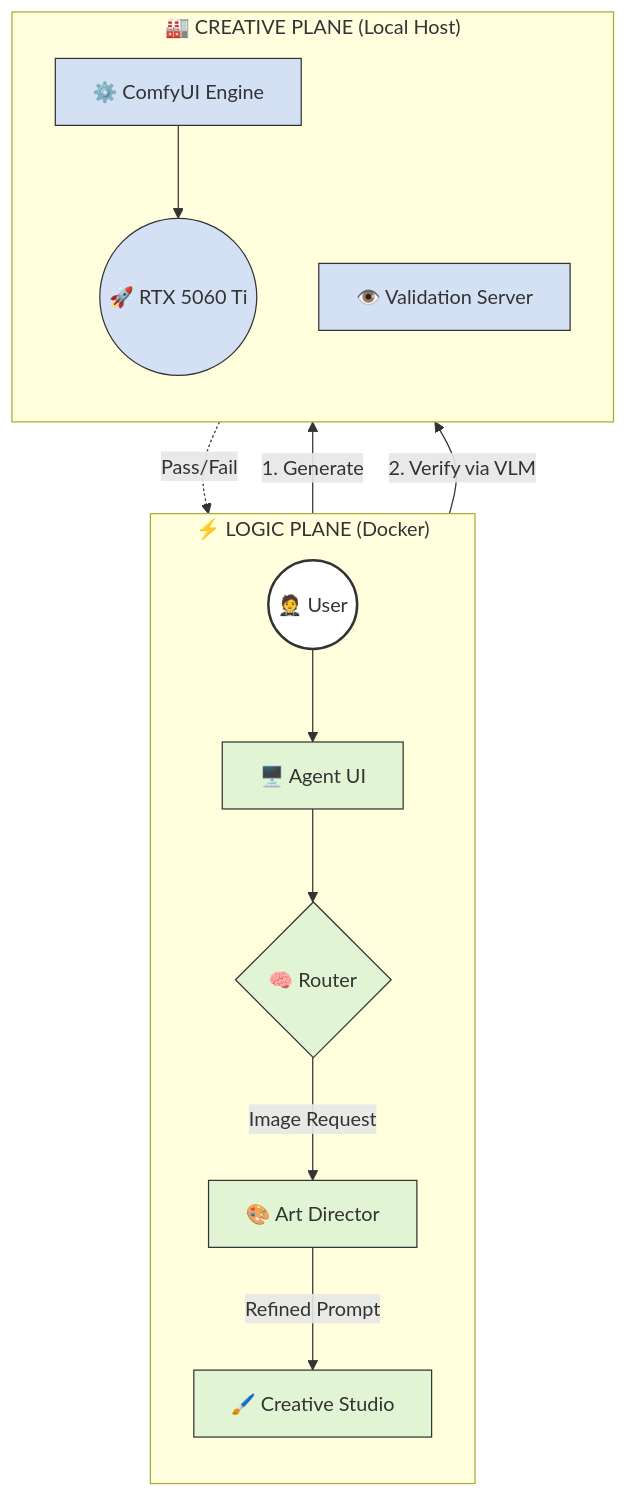
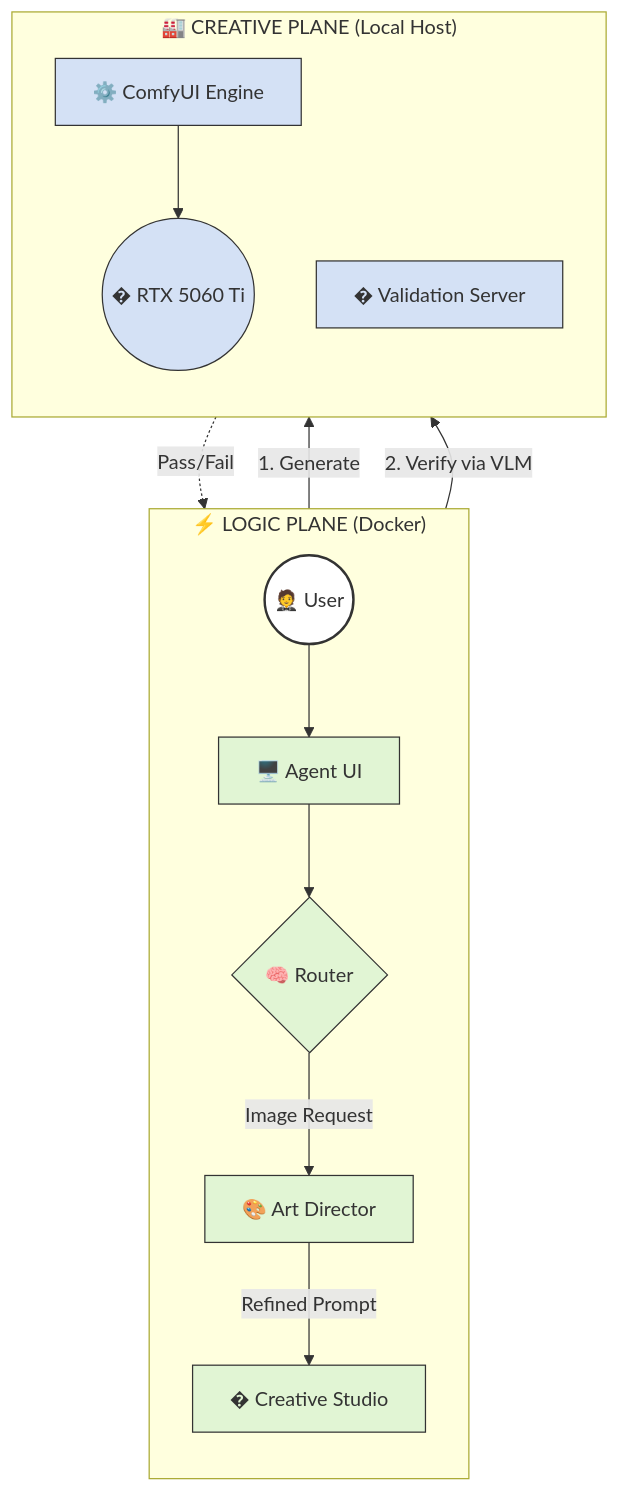
Before and after one commit to Misterobots/Agent_Swarm: the diagram in topology.md, drawn with Mermaid. The commit also changed 7 other files, not shown here.

````diff
--- a/topology.md
+++ b/topology.md
@@ -7,38 +7,38 @@
 ```mermaid
 graph TD
     %% Styling
     classDef user fill:#fff,stroke:#333,stroke-width:2px;
     classDef logic fill:#e1f5d4,stroke:#333,stroke-width:1px;
     classDef factory fill:#d4e1f5,stroke:#333,stroke-width:1px;
 
     %% 1. USER
     User((🤵 User)):::user
 
     %% 2. LOGIC PLANE (Docker)
     subgraph Logic_Plane ["⚡ LOGIC PLANE (Docker)"]
         direction TB
         AgentUI[🖥️ Agent UI]:::logic
         Router{🧠 Router}:::logic
         ArtDirector[🎨 Art Director]:::logic
-        Studio[🖌️ Creative Studio]:::logic
+        Studio[�️ Creative Studio]:::logic
         
         %% Internal Flow
         User --> AgentUI --> Router
         Router -->|Image Request| ArtDirector
         ArtDirector -->|Refined Prompt| Studio
     end
 
     %% 3. CREATIVE PLANE (Local Host)
     subgraph Creative_Plane ["🏭 CREATIVE PLANE (Local Host)"]
         direction TB
         ComfyUI[⚙️ ComfyUI Engine]:::factory
-        Validator[👁️ Validation Server]:::factory
-        GPU((🚀 RTX 5060 Ti)):::factory
+        Validator[�️ Validation Server]:::factory
+        GPU((� RTX 5060 Ti)):::factory
 
         %% Factory Flow
         Studio -->|1. Generate| ComfyUI
         ComfyUI --> GPU
         Studio -->|2. Verify via VLM| Validator
         Validator -.->|Pass/Fail| Studio
     end
 ```
````
